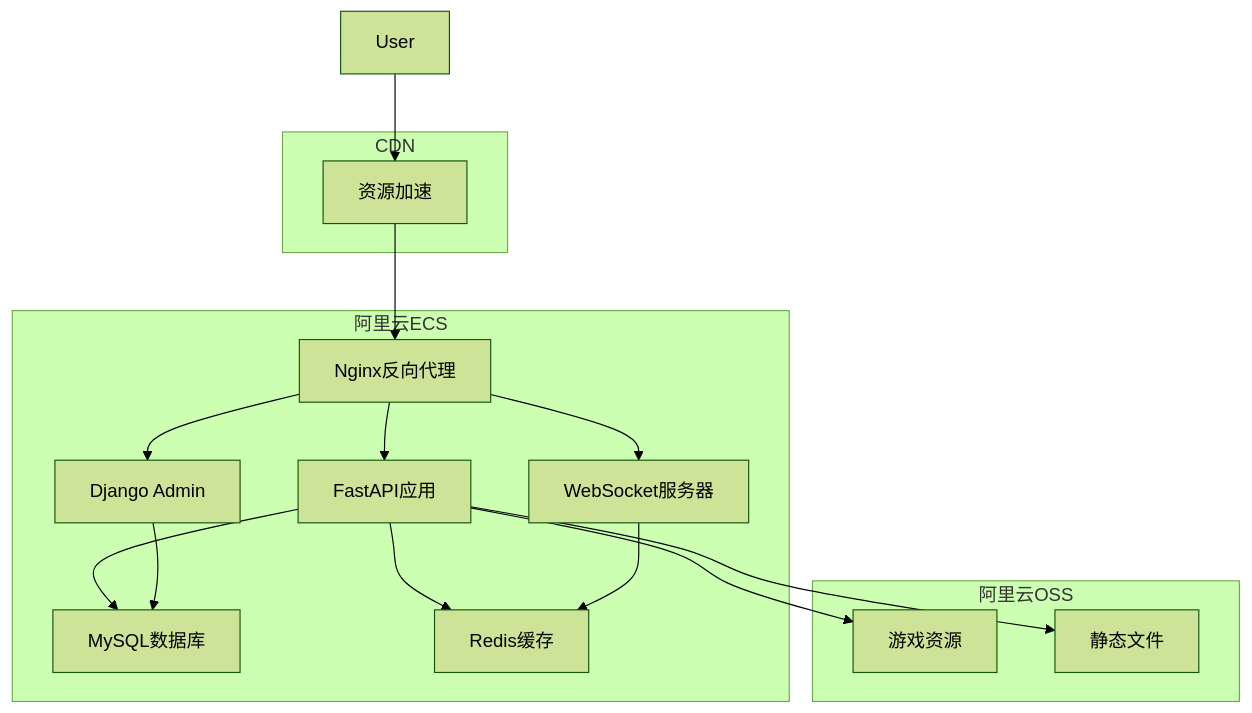
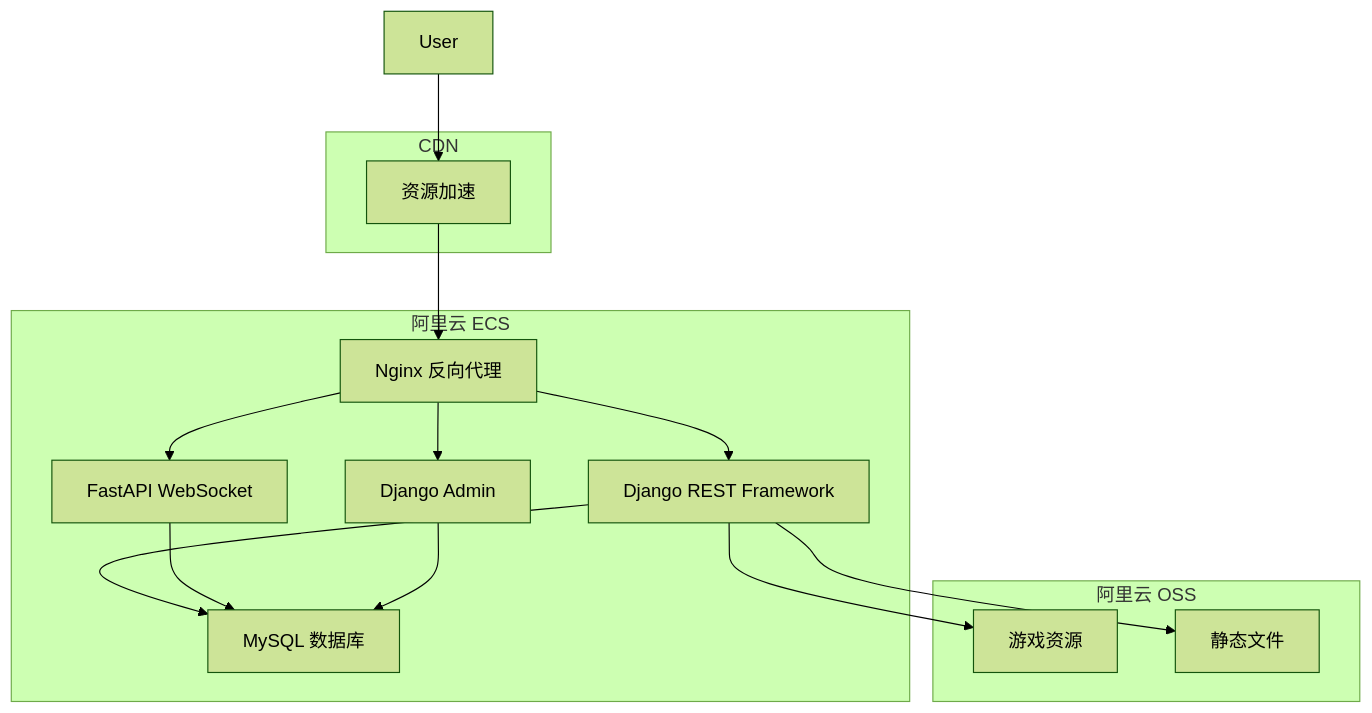
One commit to opc-studios/campus-daze changed the fourth of 4 diagrams in doc/TECHNICAL_ARCHITECTURE.md. Above: the diagram before and after it, drawn with Mermaid (forest theme). The commit also changed other lines of this file and 250 other files, not shown here.

````diff
--- a/doc/TECHNICAL_ARCHITECTURE.md
+++ b/doc/TECHNICAL_ARCHITECTURE.md
@@ -681,32 +906,30 @@
 ```mermaid
 graph TD
-    subgraph 阿里云ECS
-        A[Nginx反向代理]
-        B[FastAPI应用]
-        C[WebSocket服务器]
+    subgraph 阿里云 ECS
+        A[Nginx 反向代理]
+        B[Django REST Framework]
+        C[FastAPI WebSocket]
         D[Django Admin]
-        E[MySQL数据库]
-        F[Redis缓存]
+        E[MySQL 数据库]
     end
     
-    subgraph 阿里云OSS
+    subgraph 阿里云 OSS
         G[游戏资源]
         H[静态文件]
     end
     
     subgraph CDN
         I[资源加速]
     end
     
     User --> I
     I --> A
     A --> B
     A --> C
     A --> D
     B --> E
-    B --> F
-    C --> F
+    C --> E
     D --> E
     B --> G
     B --> H
 ```
````
